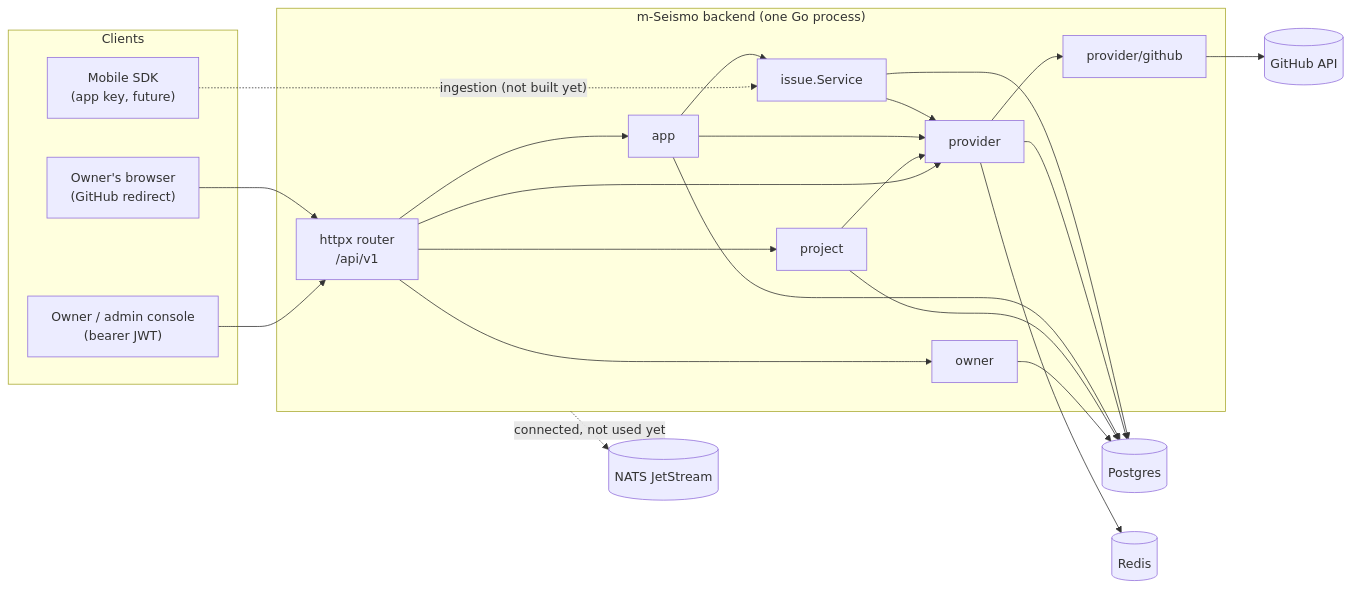
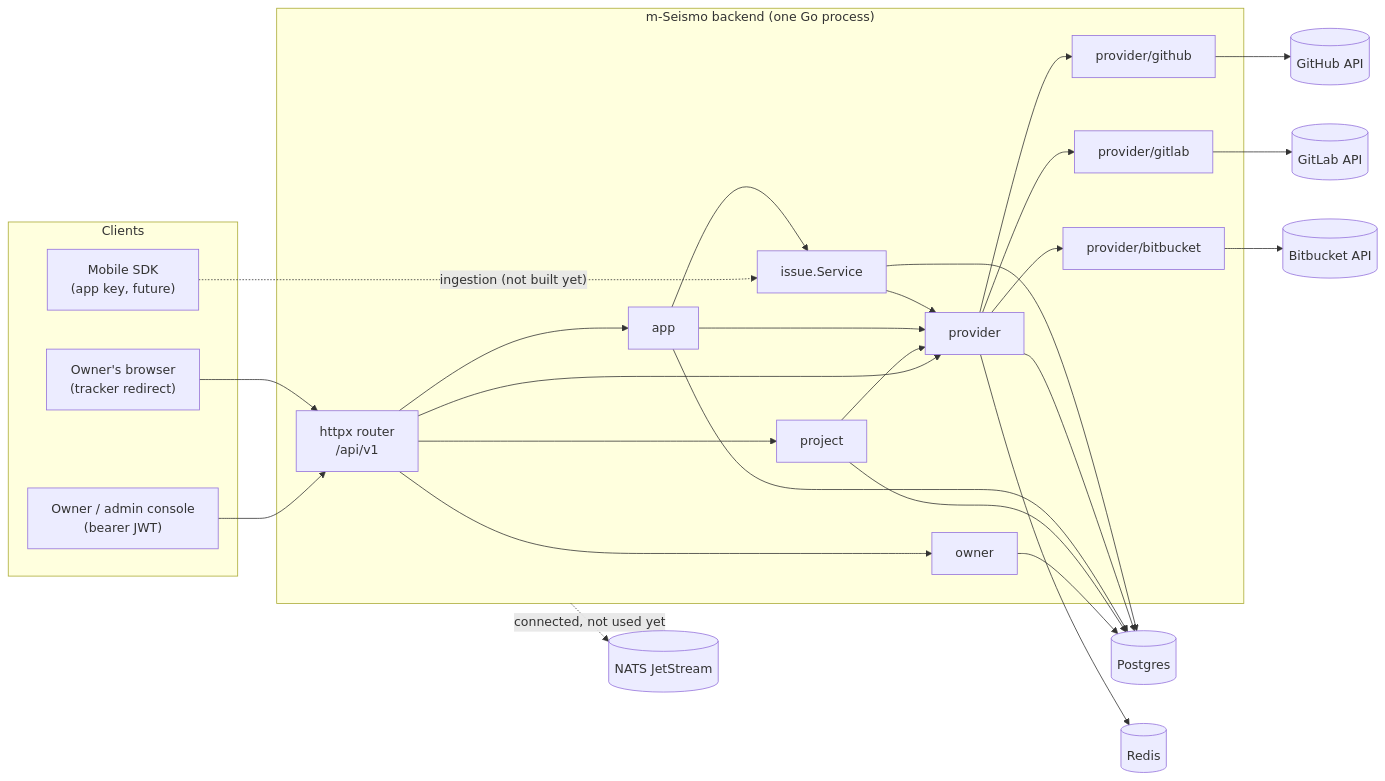
The first of 3 diagrams in backend/docs/architecture.md (MicroClub-USTHB/m-Seismo), drawn with Mermaid before and after one commit. The commit also changed other lines of this file and 14 other files, not shown here.

First line of the commit message:
docs(backend): document the GitLab and Bitbucket integrations

````diff
--- a/backend/docs/architecture.md
+++ b/backend/docs/architecture.md
@@ -23,36 +23,42 @@
 ```mermaid
 flowchart LR
     subgraph Clients
         Admin["Owner / admin console<br/>(bearer JWT)"]
-        Browser["Owner's browser<br/>(GitHub redirect)"]
+        Browser["Owner's browser<br/>(tracker redirect)"]
         SDK["Mobile SDK<br/>(app key, future)"]
     end
 
     subgraph Backend["m-Seismo backend (one Go process)"]
         Router["httpx router<br/>/api/v1"]
         Owner["owner"]
         Project["project"]
         App["app"]
         Provider["provider"]
         GH["provider/github"]
+        GL["provider/gitlab"]
+        BB["provider/bitbucket"]
         Issue["issue.Service"]
     end
 
     PG[(Postgres)]
     Redis[(Redis)]
     NATS[(NATS JetStream)]
     GitHub[(GitHub API)]
+    GitLab[(GitLab API)]
+    Bitbucket[(Bitbucket API)]
 
     Admin --> Router
     Browser --> Router
     SDK -. "ingestion (not built yet)" .-> Issue
     Router --> Owner & Project & App & Provider
     Project --> Provider
     App --> Provider & Issue
-    Provider --> GH
+    Provider --> GH & GL & BB
     Issue --> Provider
     GH --> GitHub
+    GL --> GitLab
+    BB --> Bitbucket
     Owner & Project & App & Provider & Issue --> PG
     Provider --> Redis
     Backend -. "connected, not used yet" .-> NATS
 ```
````
